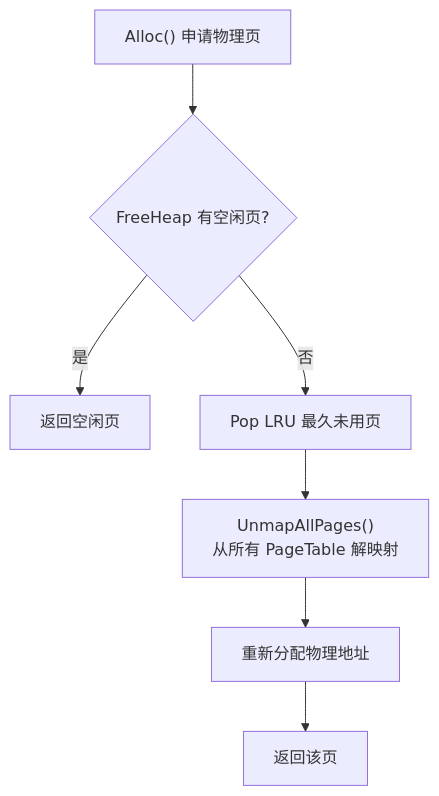
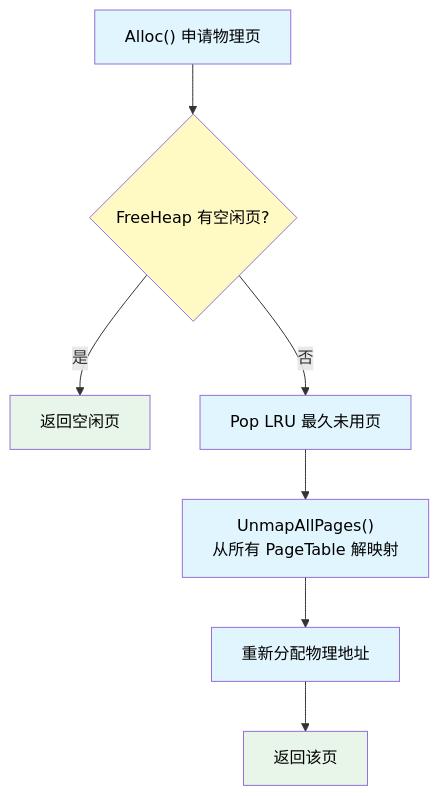
Before and after one commit to mr0ptimist/mroptimist.github.io: the fifth of 21 diagrams in content/posts/UE5_Virtual_Texture_与_Runtime_Virtual_Texture_源码级全流程解析.md, drawn with Mermaid. The commit also changed other lines of this file and 2 other files, not shown here.

First line of the commit message:
Mermaid 图表 Dark Reader 兼容：所有 flowchart 加 classDef 配色 + 文字强制黑色

````diff
--- a/content/posts/UE5_Virtual_Texture_与_Runtime_Virtual_Texture_源码级全流程解析.md
+++ b/content/posts/UE5_Virtual_Texture_与_Runtime_Virtual_Texture_源码级全流程解析.md
@@ -314,10 +335,18 @@
 ```mermaid
 flowchart TD
     A["Alloc() 申请物理页"] --> B{"FreeHeap 有空闲页?"}
     B -->|是| C["返回空闲页"]
     B -->|否| D["Pop LRU 最久未用页"]
     D --> E["UnmapAllPages()
 从所有 PageTable 解映射"]
     E --> F["重新分配物理地址"]
     F --> G["返回该页"]
+
+    classDef proc fill:#e1f5fe,color:#000
+    classDef dec fill:#fff9c4,color:#000
+    classDef ok fill:#e8f5e9,color:#000
+    class A proc
+    class B dec
+    class C,G ok
+    class D,E,F proc
 ```
````
